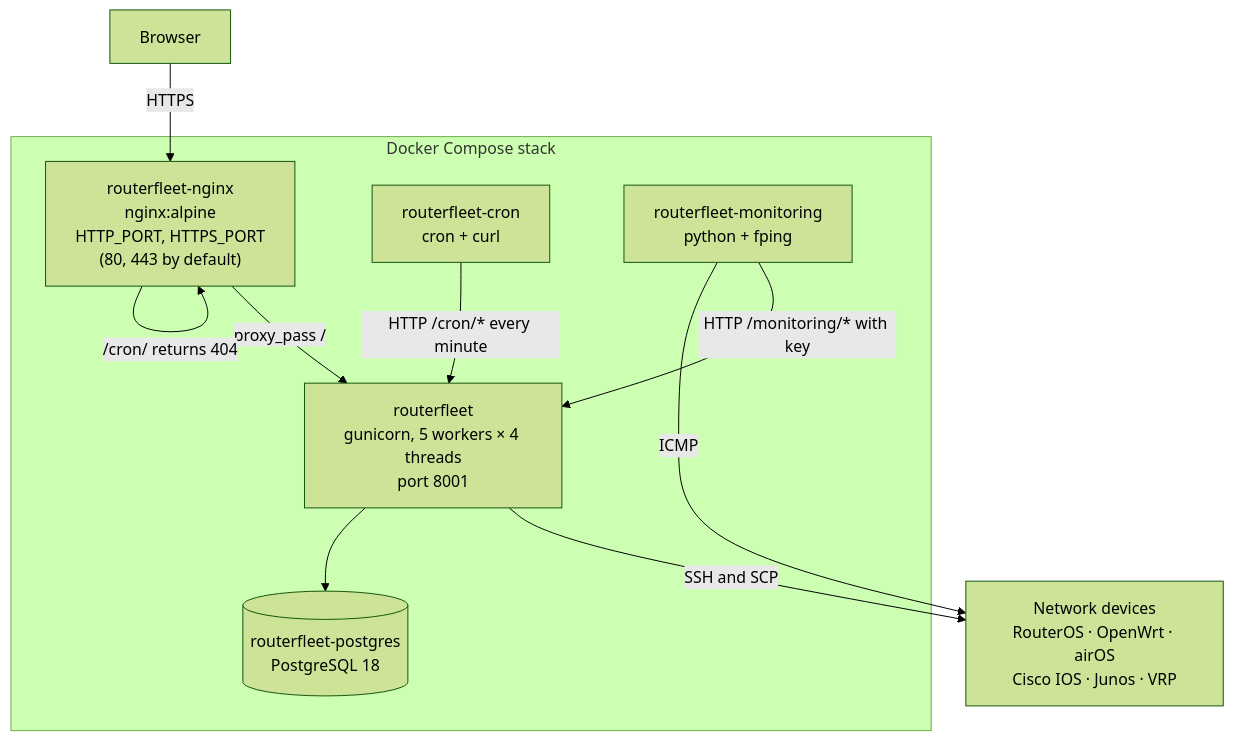
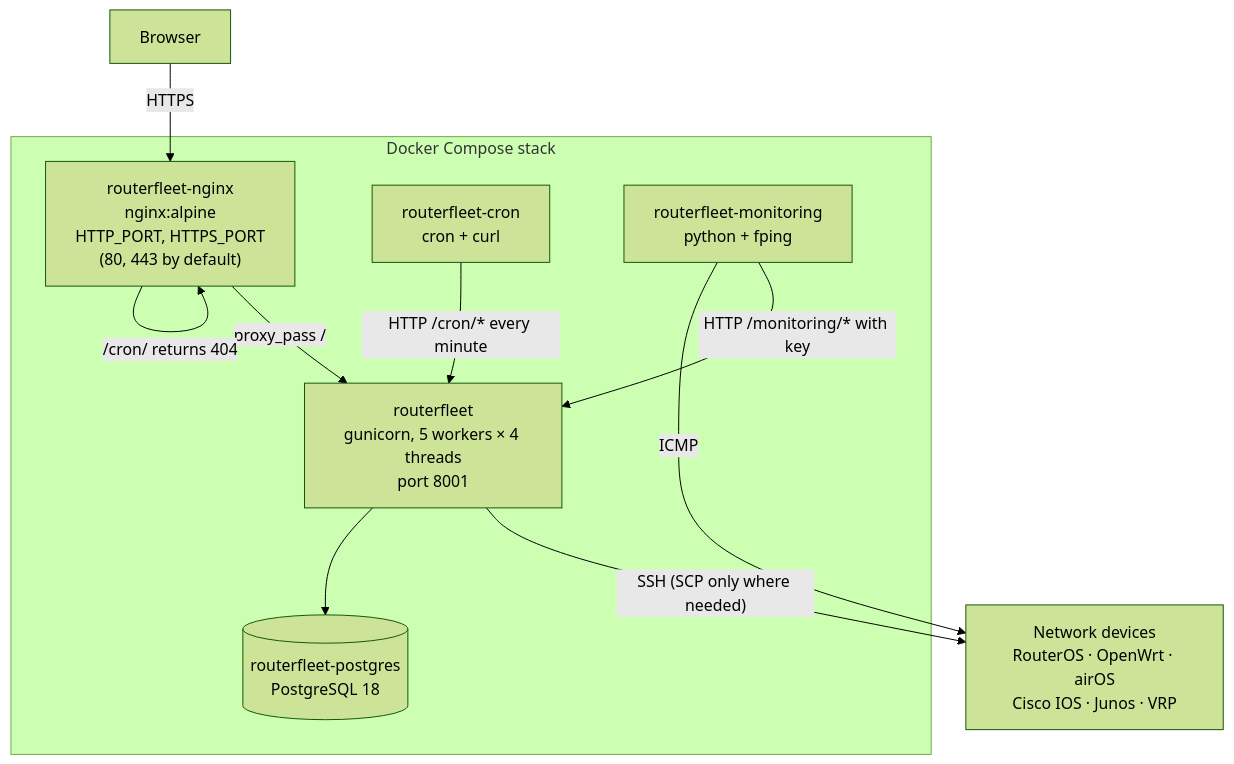
One commit to alessiobravi/routerfleet_improved changed the first of 4 diagrams in docs/architecture.md. Above: the diagram before and after it, drawn with Mermaid (forest theme). The commit also changed 36 other files, not shown here.

Commit message:
Security wave, part 1: safe downloads (cat first, hardened SCP), airOS text over the terminal, credentials re-entered on address change, service keys, unprivileged application, per-account sign-in counters, monitoring key only for status

````diff
--- a/docs/architecture.md
+++ b/docs/architecture.md
@@ -9,23 +9,23 @@
 ```mermaid
 flowchart TB
     browser["Browser"]
     devices["Network devices<br/>RouterOS · OpenWrt · airOS<br/>Cisco IOS · Junos · VRP"]
 
     subgraph stack["Docker Compose stack"]
         nginx["routerfleet-nginx<br/>nginx:alpine<br/>HTTP_PORT, HTTPS_PORT<br/>(80, 443 by default)"]
         app["routerfleet<br/>gunicorn, 5 workers × 4 threads<br/>port 8001"]
         cron["routerfleet-cron<br/>cron + curl"]
         mon["routerfleet-monitoring<br/>python + fping"]
         db[("routerfleet-postgres<br/>PostgreSQL 18")]
     end
 
     browser -->|HTTPS| nginx
     nginx -->|"proxy_pass /"| app
     nginx -->|"/static/ from volume"| nginx
     nginx -->|"/cron/ returns 404"| nginx
     cron -->|"HTTP /cron/* every minute"| app
     mon -->|"HTTP /monitoring/* with key"| app
     mon -->|ICMP| devices
-    app -->|"SSH and SCP"| devices
+    app -->|"SSH (SCP only where needed)"| devices
     app --> db
 ```
````
